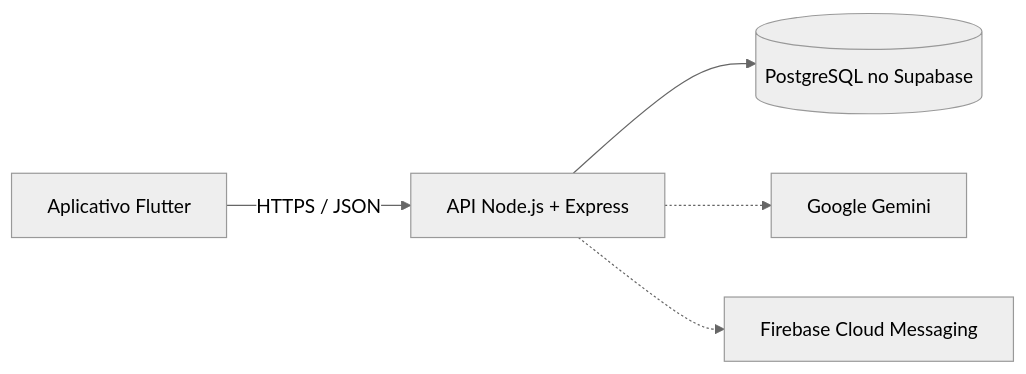
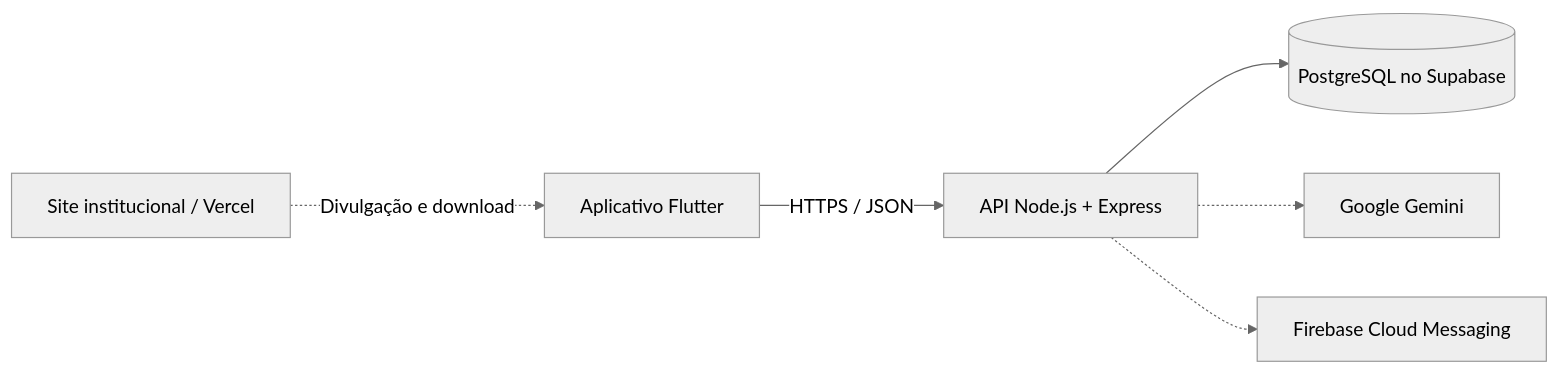
Before and after one commit to CaioOlliveira/Ello_TCC: the diagram in docs/arquitetura.md, drawn with Mermaid (neutral theme). The commit also changed other lines of this file and 10 other files, not shown here.

Commit message:
chore: integra site institucional ao monorepo

````diff
--- a/docs/arquitetura.md
+++ b/docs/arquitetura.md
@@ -5,7 +5,8 @@
 ```mermaid
 flowchart LR
+    S[Site institucional / Vercel] -.->|Divulgação e download| A[Aplicativo Flutter]
     A[Aplicativo Flutter] -->|HTTPS / JSON| B[API Node.js + Express]
     B --> C[(PostgreSQL no Supabase)]
     B -.-> D[Google Gemini]
     B -.-> E[Firebase Cloud Messaging]
 ```
````
